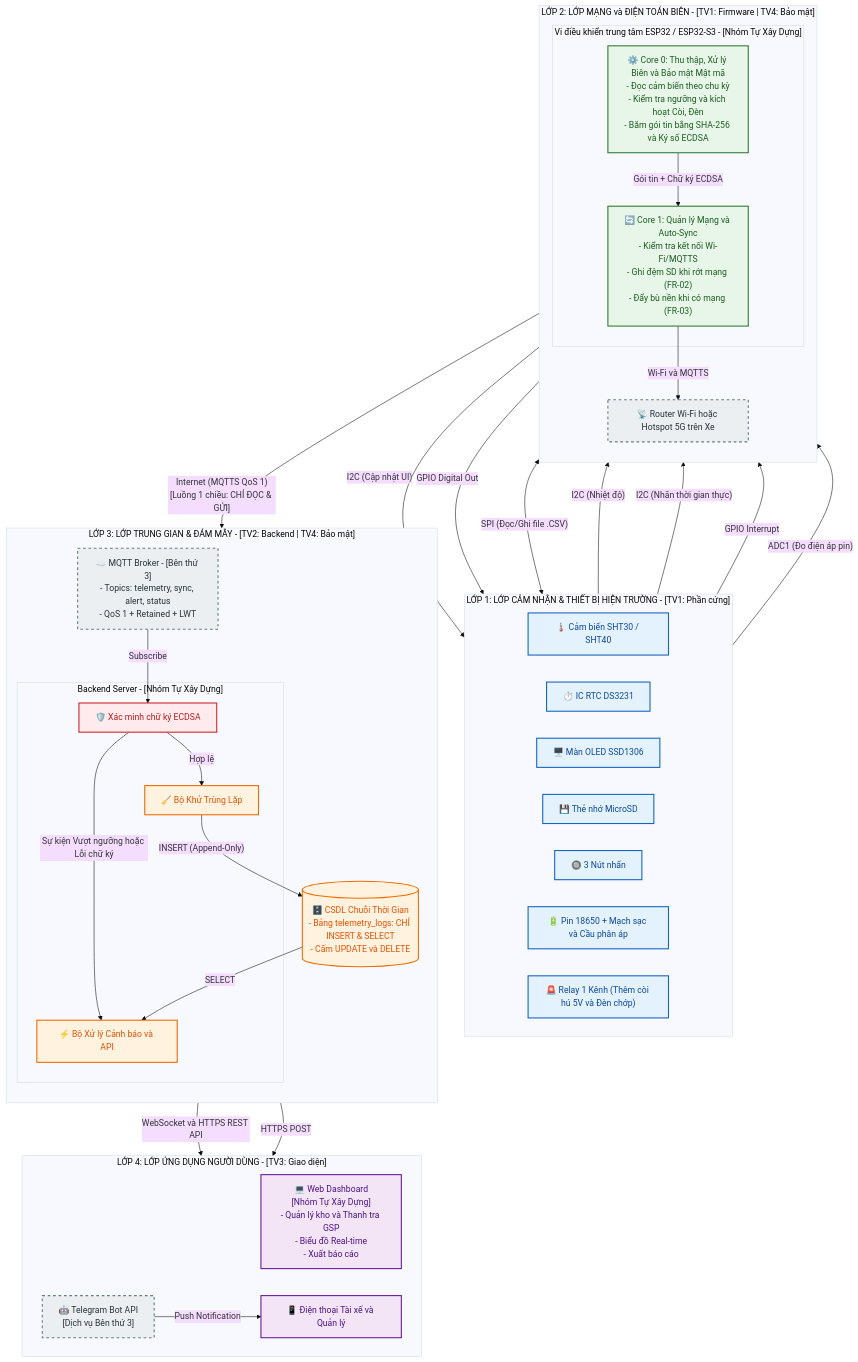
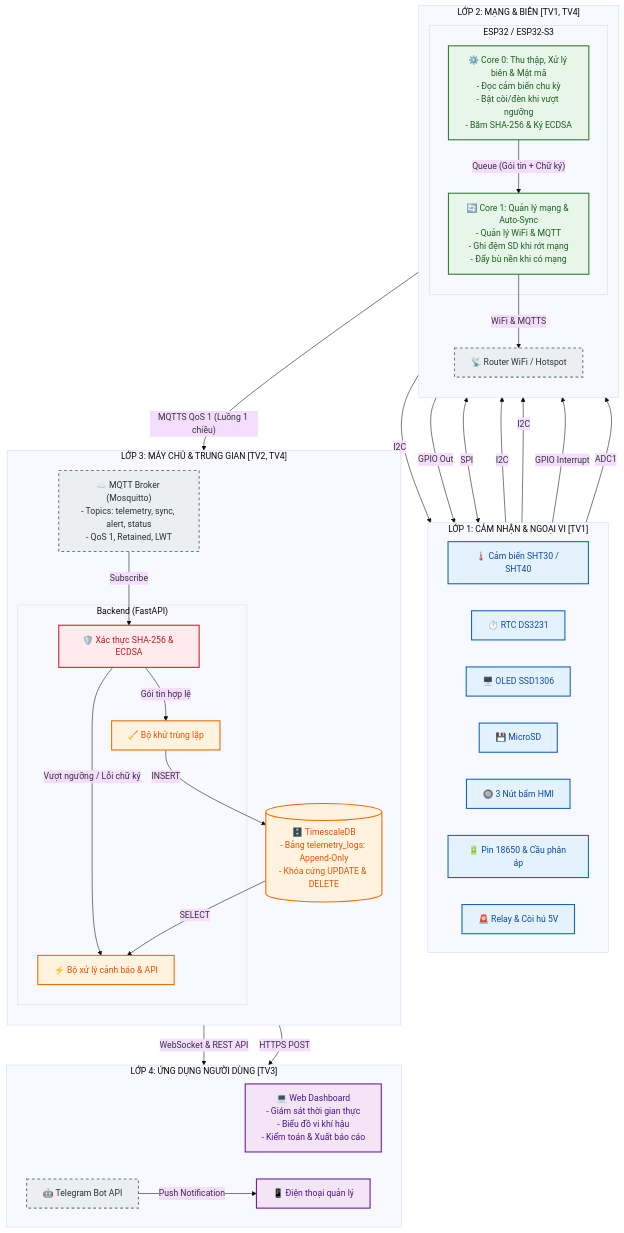
The diagram in docs/01_technical_dossier/03_system_architecture.md (UFOsonzz/IOT-2026.1), drawn with Mermaid (base theme) before and after one commit. The commit also changed other lines of this file and 17 other files, not shown here.

````diff
--- a/docs/01_technical_dossier/03_system_architecture.md
+++ b/docs/01_technical_dossier/03_system_architecture.md
@@ -4,78 +9,70 @@
 ```mermaid
 flowchart TB
-    %% Định nghĩa kiểu dáng cho các lớp
     classDef sensing fill:#e3f2fd,stroke:#1565c0,stroke-width:2px,color:#0d47a1
     classDef edge fill:#e8f5e9,stroke:#2e7d32,stroke-width:2px,color:#1b5e20
     classDef middleware fill:#fff3e0,stroke:#ef6c00,stroke-width:2px,color:#e65100
     classDef app fill:#f3e5f5,stroke:#6a1b9a,stroke-width:2px,color:#4a148c
     classDef thirdparty fill:#eceff1,stroke:#607d8b,stroke-width:2px,stroke-dasharray: 5 5,color:#263238
     classDef security fill:#ffebee,stroke:#c62828,stroke-width:2px,color:#b71c1c
 
-    %% ================= LỚP 1: LỚP CẢM NHẬN / THIẾT BỊ =================
-    subgraph L1 ["LỚP 1: LỚP CẢM NHẬN & THIẾT BỊ HIỆN TRƯỜNG - [TV1: Phần cứng]"]
+    subgraph L1 ["LỚP 1: CẢM NHẬN & NGOẠI VI [TV1]"]
         direction LR
         SHT30["🌡️ Cảm biến SHT30 / SHT40"]:::sensing
-        DS3231["⏱️ IC RTC DS3231"]:::sensing
-        OLED["🖥️ Màn OLED SSD1306"]:::sensing
-        SDCARD["💾 Thẻ nhớ MicroSD"]:::sensing
-        BTN["🔘 3 Nút nhấn"]:::sensing
-        BAT["🔋 Pin 18650 + Mạch sạc và Cầu phân áp"]:::sensing
-        RELAY["🚨 Relay 1 Kênh (Thêm còi hú 5V và Đèn chớp)"]:::sensing
+        DS3231["⏱️ RTC DS3231"]:::sensing
+        OLED["🖥️ OLED SSD1306"]:::sensing
+        SDCARD["💾 MicroSD"]:::sensing
+        BTN["🔘 3 Nút bấm HMI"]:::sensing
+        BAT["🔋 Pin 18650 & Cầu phân áp"]:::sensing
+        RELAY["🚨 Relay & Còi hú 5V"]:::sensing
     end
 
-    %% ================= LỚP 2: LỚP MẠNG & ĐIỆN TOÁN BIÊN =================
-    subgraph L2 ["LỚP 2: LỚP MẠNG và ĐIỆN TOÁN BIÊN - [TV1: Firmware | TV4: Bảo mật]"]
+    subgraph L2 ["LỚP 2: MẠNG & BIÊN [TV1, TV4]"]
         direction TB
-        subgraph ESP32S3 ["Vi điều khiển trung tâm ESP32 / ESP32-S3 - [Nhóm Tự Xây Dựng]"]
-            CORE0["⚙️ Core 0: Thu thập, Xử lý Biên và Bảo mật Mật mã<br/>- Đọc cảm biến theo chu kỳ<br/>- Kiểm tra ngưỡng và kích hoạt Còi, Đèn<br/>- Băm gói tin bằng SHA-256 và Ký số ECDSA"]:::edge
-            CORE1["🔄 Core 1: Quản lý Mạng và Auto-Sync<br/>- Kiểm tra kết nối Wi-Fi/MQTTS<br/>- Ghi đệm SD khi rớt mạng (FR-02)<br/>- Đẩy bù nền khi có mạng (FR-03)"]:::edge
+        subgraph ESP32S3 ["ESP32 / ESP32-S3"]
+            CORE0["⚙️ Core 0: Thu thập, Xử lý biên & Mật mã<br/>- Đọc cảm biến chu kỳ<br/>- Bật còi/đèn khi vượt ngưỡng<br/>- Băm SHA-256 & Ký ECDSA"]:::edge
+            CORE1["🔄 Core 1: Quản lý mạng & Auto-Sync<br/>- Quản lý WiFi & MQTT<br/>- Ghi đệm SD khi rớt mạng<br/>- Đẩy bù nền khi có mạng"]:::edge
         end
-        WIFI_GW["📡 Router Wi-Fi hoặc Hotspot 5G trên Xe"]:::thirdparty
+        WIFI_GW["📡 Router WiFi / Hotspot"]:::thirdparty
     end
 
-    %% Kết nối Lớp 1 <-> Lớp 2
-    SHT30 -- "I2C (Nhiệt độ)" --> CORE0
-    DS3231 -- "I2C (Nhãn thời gian thực)" --> CORE0
-    CORE0 -- "I2C (Cập nhật UI)" --> OLED
+    SHT30 -- "I2C" --> CORE0
+    DS3231 -- "I2C" --> CORE0
+    CORE0 -- "I2C" --> OLED
     BTN -- "GPIO Interrupt" --> CORE0
-    BAT -- "ADC1 (Đo điện áp pin)" --> CORE0
-    CORE0 -- "GPIO Digital Out" --> RELAY
-    CORE0 -- "Gói tin + Chữ ký ECDSA" --> CORE1
-    CORE1 <-- "SPI (Đọc/Ghi file .CSV)" --> SDCARD
-    CORE1 -- "Wi-Fi và MQTTS" --> WIFI_GW
+    BAT -- "ADC1" --> CORE0
+    CORE0 -- "GPIO Out" --> RELAY
+    CORE0 -- "Queue (Gói tin + Chữ ký)" --> CORE1
+    CORE1 <-- "SPI" --> SDCARD
+    CORE1 -- "WiFi & MQTTS" --> WIFI_GW
 
-    %% ================= LỚP 3: LỚP TRUNG GIAN / MÁY CHỦ =================
-    subgraph L3 ["LỚP 3: LỚP TRUNG GIAN & ĐÁM MÂY - [TV2: Backend | TV4: Bảo mật]"]
+    subgraph L3 ["LỚP 3: MÁY CHỦ & TRUNG GIAN [TV2, TV4]"]
         direction TB
-        BROKER["☁️ MQTT Broker - [Bên thứ 3]<br/>- Topics: telemetry, sync, alert, status<br/>- QoS 1 + Retained + LWT"]:::thirdparty
+        BROKER["☁️ MQTT Broker (Mosquitto)<br/>- Topics: telemetry, sync, alert, status<br/>- QoS 1, Retained, LWT"]:::thirdparty
         
-        subgraph BACKEND ["Backend Server - [Nhóm Tự Xây Dựng]"]
-            VERIFY["🛡️ Xác minh chữ ký ECDSA"]:::security
-            DEDUP["🧹 Bộ Khử Trùng Lặp"]:::middleware
-            RULE["⚡ Bộ Xử lý Cảnh báo và API"]:::middleware
+        subgraph BACKEND ["Backend (FastAPI)"]
+            VERIFY["🛡️ Xác thực SHA-256 & ECDSA"]:::security
+            DEDUP["🧹 Bộ khử trùng lặp"]:::middleware
+            RULE["⚡ Bộ xử lý cảnh báo & API"]:::middleware
         end
 
-        DB[("🗄️ CSDL Chuỗi Thời Gian<br/>- Bảng telemetry_logs: CHỈ INSERT & SELECT<br/>- Cấm UPDATE và DELETE")]:::middleware
+        DB[("🗄️ TimescaleDB<br/>- Bảng telemetry_logs: Append-Only<br/>- Khóa cứng UPDATE & DELETE")]:::middleware
     end
 
-    %% Kết nối Lớp 2 -> Lớp 3 (Chỉ 1 chiều dữ liệu đo để đảm bảo tính pháp lý GSP)
-    WIFI_GW -- "Internet (MQTTS QoS 1)<br/>[Luồng 1 chiều: CHỈ ĐỌC & GỬI]" --> BROKER
+    WIFI_GW -- "MQTTS QoS 1 (Luồng 1 chiều)" --> BROKER
     BROKER -- "Subscribe" --> VERIFY
-    VERIFY -- "Hợp lệ" --> DEDUP
-    DEDUP -- "INSERT (Append-Only)" --> DB
-    VERIFY -- "Sự kiện Vượt ngưỡng hoặc Lỗi chữ ký" --> RULE
+    VERIFY -- "Gói tin hợp lệ" --> DEDUP
+    DEDUP -- "INSERT" --> DB
+    VERIFY -- "Vượt ngưỡng / Lỗi chữ ký" --> RULE
     DB -- "SELECT" --> RULE
 
-    %% ================= LỚP 4: LỚP ỨNG DỤNG NGƯỜI DÙNG =================
-    subgraph L4 ["LỚP 4: LỚP ỨNG DỤNG NGƯỜI DÙNG - [TV3: Giao diện]"]
+    subgraph L4 ["LỚP 4: ỨNG DỤNG NGƯỜI DÙNG [TV3]"]
         direction LR
-        WEB["💻 Web Dashboard<br/>[Nhóm Tự Xây Dựng]<br/>- Quản lý kho và Thanh tra GSP<br/>- Biểu đồ Real-time<br/>- Xuất báo cáo"]:::app
-        TELE_API["🤖 Telegram Bot API<br/>[Dịch vụ Bên thứ 3]"]:::thirdparty
-        PHONE["📱 Điện thoại Tài xế và Quản lý"]:::app
+        WEB["💻 Web Dashboard<br/>- Giám sát thời gian thực<br/>- Biểu đồ vi khí hậu<br/>- Kiểm toán & Xuất báo cáo"]:::app
+        TELE_API["🤖 Telegram Bot API"]:::thirdparty
+        PHONE["📱 Điện thoại quản lý"]:::app
     end
 
-    %% Kết nối Lớp 3 -> Lớp 4
-    RULE -- "WebSocket và HTTPS REST API" --> WEB
+    RULE -- "WebSocket & REST API" --> WEB
     RULE -- "HTTPS POST" --> TELE_API
     TELE_API -- "Push Notification" --> PHONE
 ```
````
